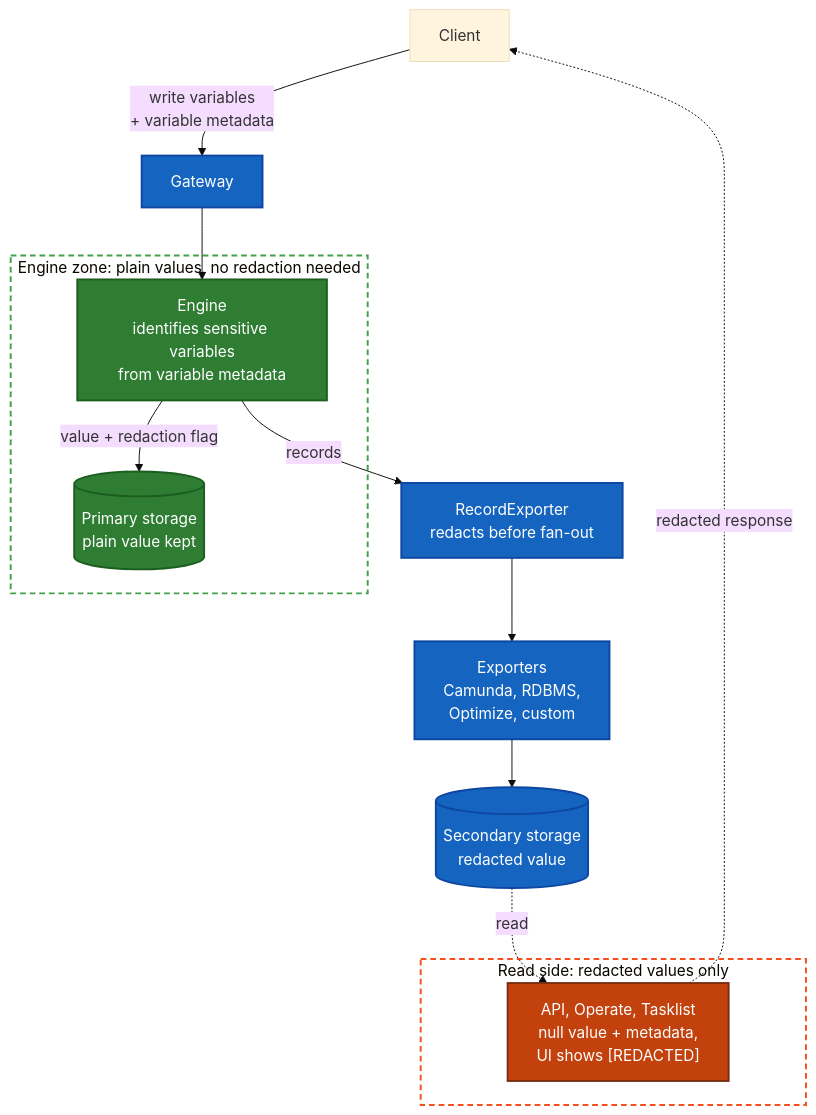
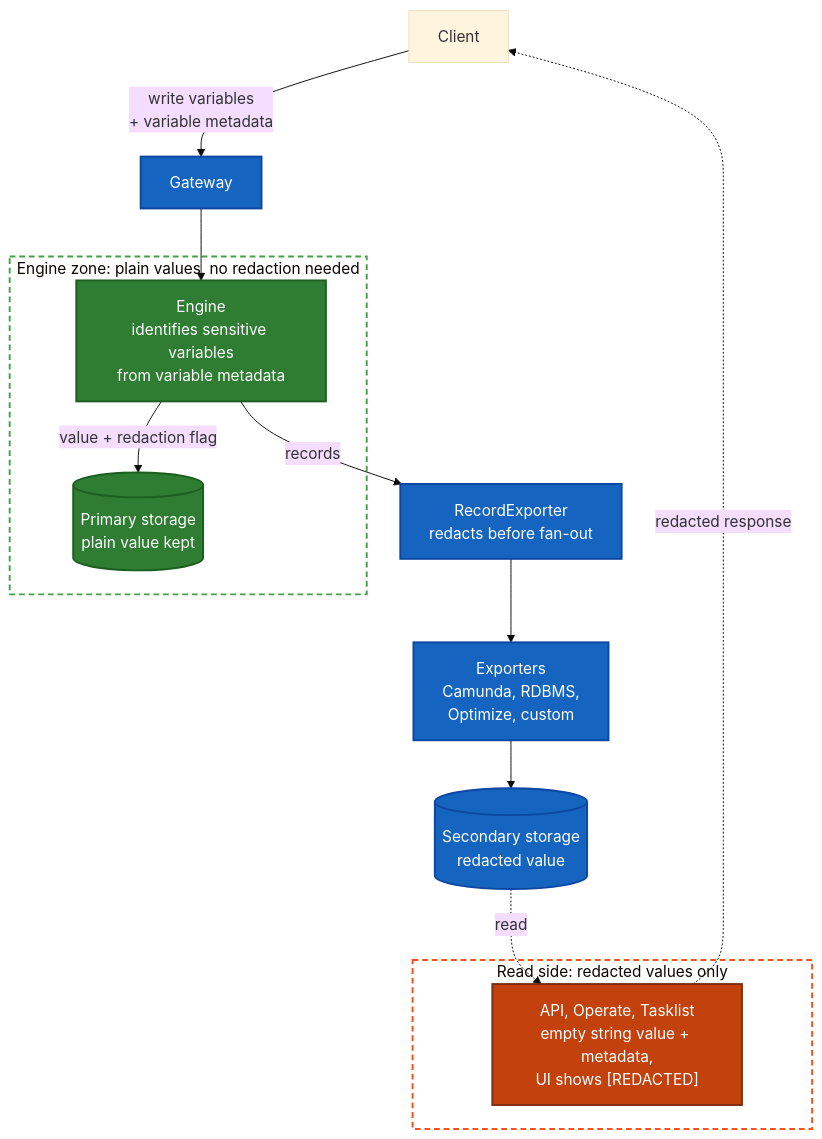
One commit to camunda/camunda changed the diagram in docs/adr/data-protection/001-variable-redaction.md. Above: the diagram before and after it, drawn with Mermaid (base theme). The commit also changed other lines of this file, not shown here.

First line of the commit message:
docs: record the empty redacted variable value in the redaction ADR

````diff
--- a/docs/adr/data-protection/001-variable-redaction.md
+++ b/docs/adr/data-protection/001-variable-redaction.md
@@ -100,31 +100,31 @@
 ```mermaid
 flowchart TB
     Client["Client"] -->|"write variables<br/>+ variable metadata"| Gateway
 
     subgraph EngineZone["Engine zone: plain values, no redaction needed"]
         Engine["Engine<br/>identifies sensitive variables<br/>from variable metadata"]
         Primary[("Primary storage<br/>plain value kept")]
         Engine -->|"value + redaction flag"| Primary
     end
 
     Gateway --> Engine
     Engine -->|"records"| Director["RecordExporter<br/>redacts before fan-out"]
     Director --> Exporters["Exporters<br/>Camunda, RDBMS,<br/>Optimize, custom"]
     Exporters --> Secondary[("Secondary storage<br/>redacted value")]
 
     subgraph ReadSide["Read side: redacted values only"]
-        UI["API, Operate, Tasklist<br/>null value + metadata,<br/>UI shows [REDACTED]"]
+        UI["API, Operate, Tasklist<br/>empty string value + metadata,<br/>UI shows [REDACTED]"]
     end
 
     Secondary -.->|"read"| UI
     UI -.->|"redacted response"| Client
 
     classDef zone fill:#2e7d32,stroke:#1b5e20,stroke-width:2px,color:#fff
     classDef write fill:#1565c0,stroke:#0d47a1,stroke-width:2px,color:#fff
     classDef read fill:#c2410c,stroke:#7c2d12,stroke-width:2px,color:#fff
     class Engine,Primary zone
     class Gateway,Director,Exporters,Secondary write
     class UI read
     style EngineZone fill:transparent,stroke:#43a047,stroke-width:2px,stroke-dasharray:6 4
     style ReadSide fill:transparent,stroke:#f4511e,stroke-width:2px,stroke-dasharray:6 4
 ```
````
